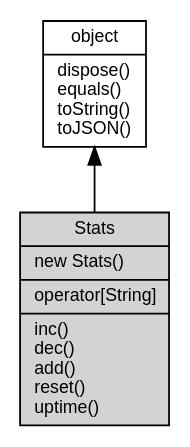
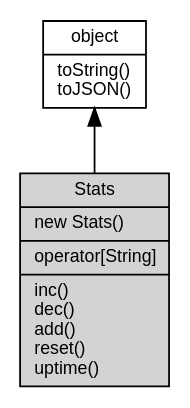
One commit to asionius/fibjs-ceph changed the diagram in docs/object/ifs/Stats.md. Above: the diagram before and after it, drawn with Graphviz. The commit also changed other lines of this file and 138 other files, not shown here.

````diff
--- a/docs/object/ifs/Stats.md
+++ b/docs/object/ifs/Stats.md
@@ -14,10 +14,10 @@
 ```dot
 digraph {
     node [fontname="Helvetica,sans-Serif", fontsize=10, shape="record", style="filled", fillcolor="white"];
 
-    object [tooltip="object", URL="object.md", label="{object|dispose()\lequals()\ltoString()\ltoJSON()\l}"];
-    Stats [tooltip="Stats", fillcolor="lightgray", label="{Stats|new Stats()\l|operator[String]\l|inc()\ldec()\ladd()\lreset()\luptime()\l}"];
+    object [tooltip="object", URL="object.md", label="{object|toString()\ltoJSON()\l}"];
+    Stats [tooltip="Stats", fillcolor="lightgray", id="me", label="{Stats|new Stats()\l|operator[String]\l|inc()\ldec()\ladd()\lreset()\luptime()\l}"];
 
     object -> Stats [dir=back];
 }
 ```
````
